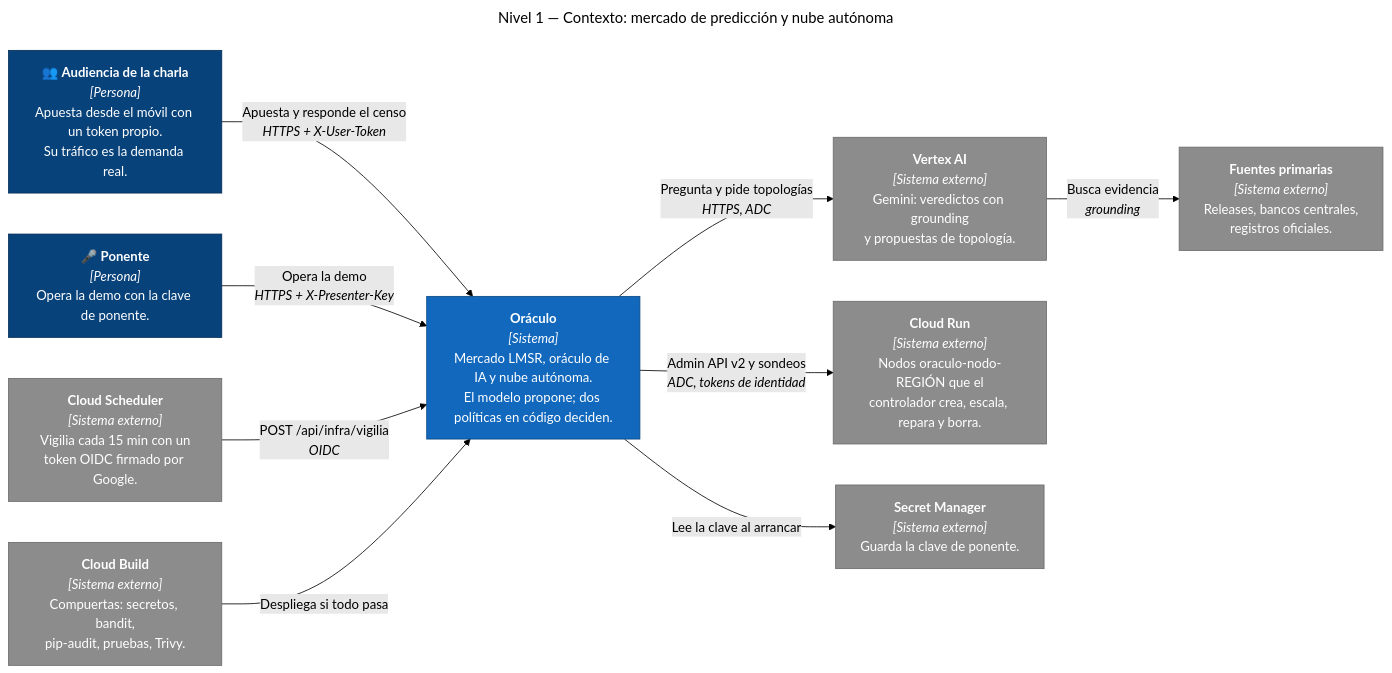
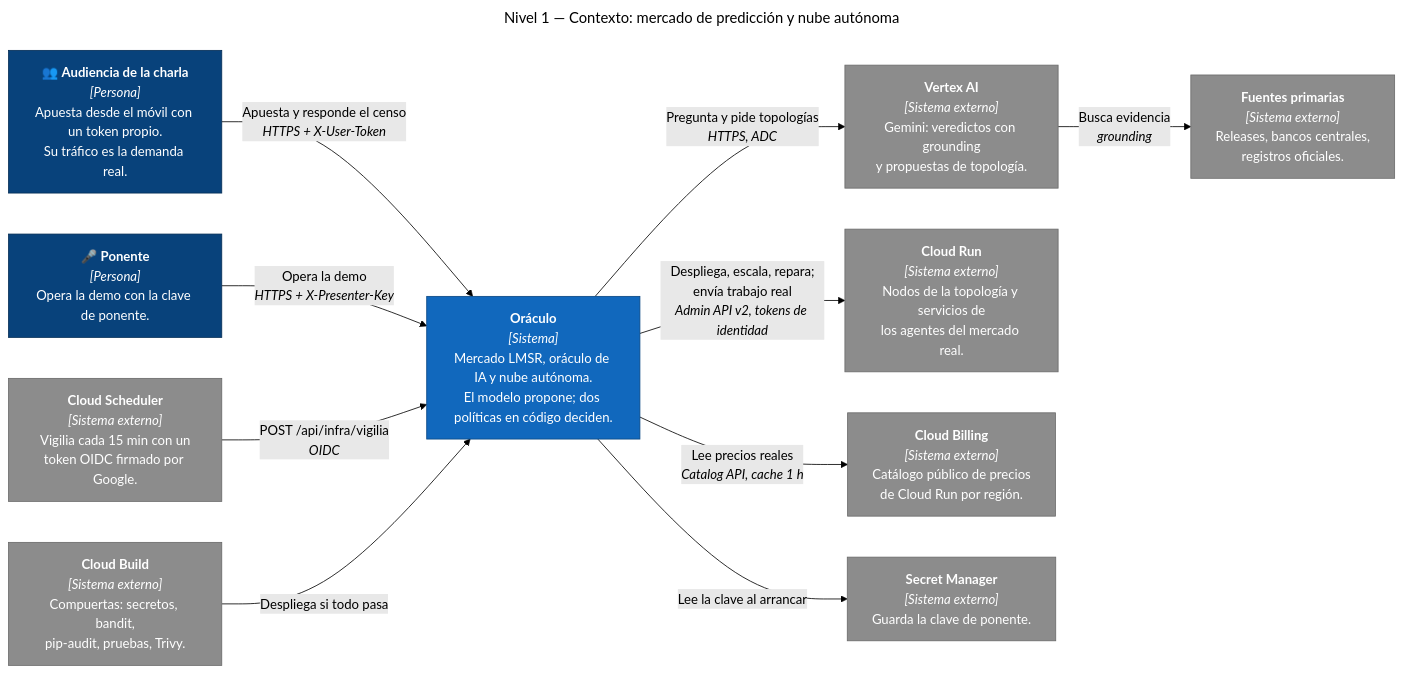
One commit to Ayege/Mercados-de-Prediccion-en-Vivo changed the first of 7 diagrams in docs/ARQUITECTURA.md. Above: the diagram before and after it, drawn with Mermaid (forest theme). The commit also changed other lines of this file and 28 other files, not shown here.

First line of the commit message:
Implement Real Market Simulation with Cloud Run Pricing and Agent Behavior

````diff
--- a/docs/ARQUITECTURA.md
+++ b/docs/ARQUITECTURA.md
@@ -25,36 +25,38 @@
 ```mermaid
 ---
 title: "Nivel 1 — Contexto: mercado de predicción y nube autónoma"
 ---
 %% Diagrama de contexto C4 dibujado como flowchart: el layout C4 nativo de Mermaid
 %% amontona las etiquetas. Colores C4: persona (azul oscuro), sistema propio (azul),
 %% sistema externo (gris).
 flowchart LR
   publico["👥 <b>Audiencia de la charla</b><br/><i>[Persona]</i><br/>Apuesta desde el móvil con un token propio.<br/>Su tráfico es la demanda real."]
   ponente["🎤 <b>Ponente</b><br/><i>[Persona]</i><br/>Opera la demo con la clave de ponente."]
 
   oraculo["<b>Oráculo</b><br/><i>[Sistema]</i><br/>Mercado LMSR, oráculo de IA y nube autónoma.<br/>El modelo propone; dos políticas en código deciden."]
 
   vertex["<b>Vertex AI</b><br/><i>[Sistema externo]</i><br/>Gemini: veredictos con grounding<br/>y propuestas de topología."]
   fuentes["<b>Fuentes primarias</b><br/><i>[Sistema externo]</i><br/>Releases, bancos centrales,<br/>registros oficiales."]
-  cloudrun["<b>Cloud Run</b><br/><i>[Sistema externo]</i><br/>Nodos oraculo-nodo-REGIÓN que el<br/>controlador crea, escala, repara y borra."]
+  cloudrun["<b>Cloud Run</b><br/><i>[Sistema externo]</i><br/>Nodos de la topología y servicios de<br/>los agentes del mercado real."]
+  billing["<b>Cloud Billing</b><br/><i>[Sistema externo]</i><br/>Catálogo público de precios<br/>de Cloud Run por región."]
   secretos["<b>Secret Manager</b><br/><i>[Sistema externo]</i><br/>Guarda la clave de ponente."]
   scheduler["<b>Cloud Scheduler</b><br/><i>[Sistema externo]</i><br/>Vigilia cada 15 min con un<br/>token OIDC firmado por Google."]
   build["<b>Cloud Build</b><br/><i>[Sistema externo]</i><br/>Compuertas: secretos, bandit,<br/>pip-audit, pruebas, Trivy."]
 
   publico -- "Apuesta y responde el censo<br/><i>HTTPS + X-User-Token</i>" --> oraculo
   ponente -- "Opera la demo<br/><i>HTTPS + X-Presenter-Key</i>" --> oraculo
   oraculo -- "Pregunta y pide topologías<br/><i>HTTPS, ADC</i>" --> vertex
   vertex -- "Busca evidencia<br/><i>grounding</i>" --> fuentes
-  oraculo -- "Admin API v2 y sondeos<br/><i>ADC, tokens de identidad</i>" --> cloudrun
+  oraculo -- "Despliega, escala, repara;<br/>envía trabajo real<br/><i>Admin API v2, tokens de identidad</i>" --> cloudrun
+  oraculo -- "Lee precios reales<br/><i>Catalog API, cache 1 h</i>" --> billing
   oraculo -- "Lee la clave al arrancar" --> secretos
   scheduler -- "POST /api/infra/vigilia<br/><i>OIDC</i>" --> oraculo
   build -- "Despliega si todo pasa" --> oraculo
 
   classDef persona fill:#08427b,stroke:#052e56,color:#fff
   classDef sistema fill:#1168bd,stroke:#0b4884,color:#fff
   classDef externo fill:#8c8c8c,stroke:#6b6b6b,color:#fff
   class publico,ponente persona
   class oraculo sistema
-  class vertex,fuentes,cloudrun,secretos,scheduler,build externo
+  class vertex,fuentes,cloudrun,billing,secretos,scheduler,build externo
 ```
````
